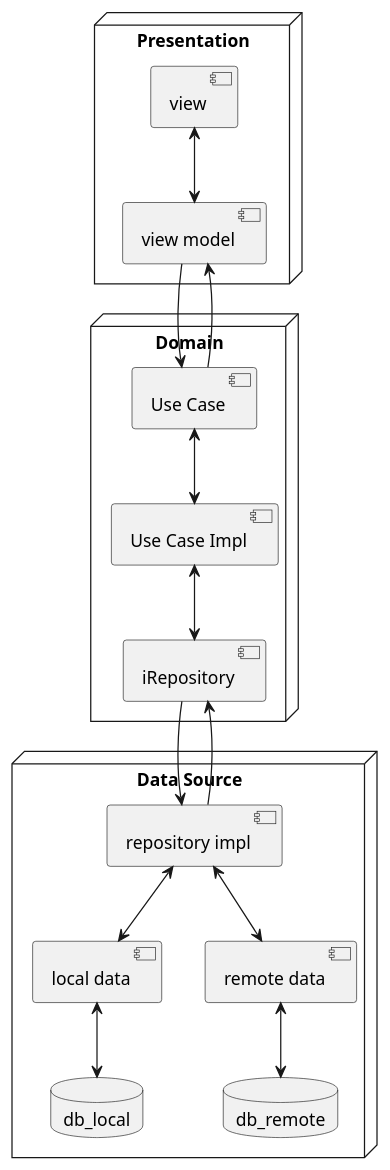
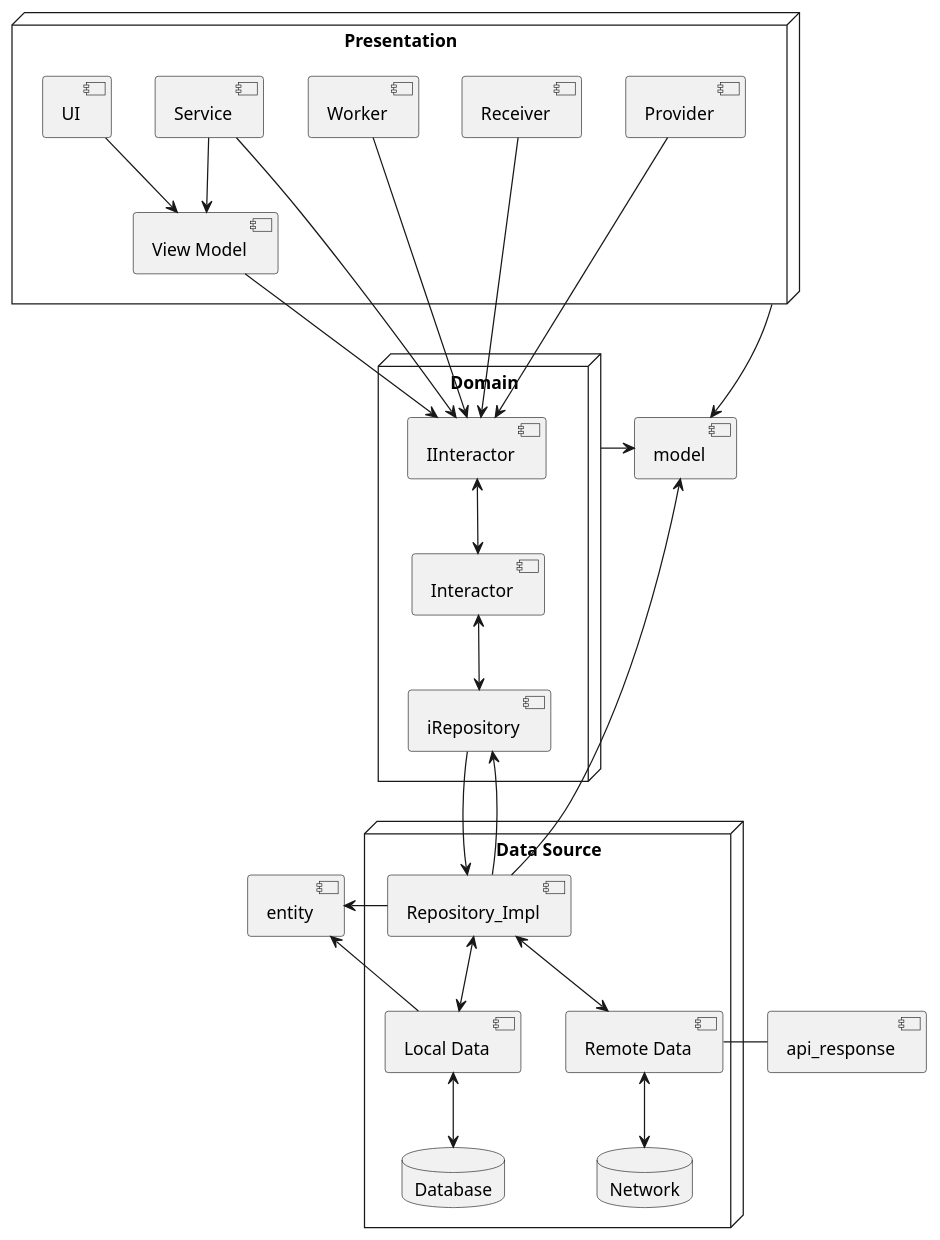
The diagram in system-design.puml (1945max/fake-gps), drawn with PlantUML before and after one commit. The commit also changed 32 other files, not shown here.

```diff
--- a/system-design.puml
+++ b/system-design.puml
@@ -1,40 +1,57 @@
 @startuml
 
-node "Presentation" {
-    component "view model" as view_model
-    component "view" as view
+node "Presentation" as presentation {
+    component "View Model" as ViewModel
+    component "UI" as Activity
+    component "Worker" as Worker
+    component "Receiver" as BroadcastReceiver
+    component "Service" as Service
+    component "Provider" as ContentProvider
 }
-node "Domain" {
-'    component "model" as model
-    component "Use Case" as iUseCase
-    component "Use Case Impl" as interactor
+
+node "Domain" as domain {
+    component "IInteractor" as IInteractor
+    component "Interactor" as Interactor
     component "iRepository" as IRepository
 }
 
 node "Data Source" as data_source {
-    component "repository impl" as repository_impl
-    component "local data" as local_data
-    component "remote data" as remote_data
-    database "db_local" as db_local
-    database "db_remote" as db_remote
+    component "Repository_Impl" as RepositoryImpl
+    component "Local Data" as LocalDataSource
+    component "Remote Data" as RemoteDataSource
+    database "Database" as database
+    database "Network" as network
 }
 
+component "model" as model
+component "entity" as entity
+component "api_response" as api_response
 
 /' Layer Presentation '/
-view_model <-up-> view
-view_model -down-> iUseCase
+Activity -down-> ViewModel
+Service -down-> ViewModel
+Service -down-> IInteractor
+ViewModel -down-> IInteractor
+Worker -down-> IInteractor
+BroadcastReceiver -down-> IInteractor
+ContentProvider -down-> IInteractor
+presentation -down-> model
 
 /' Layer Domain '/
-iUseCase -up-> view_model
-IRepository <-up-> interactor
-interactor <-up-> iUseCase
-IRepository -down-> repository_impl
+IRepository <-up-> Interactor
+Interactor <-up-> IInteractor
+IRepository -down-> RepositoryImpl
+domain -left-> model
 
 /' Layer Data '/
-repository_impl -up-> IRepository
-local_data <-up-> repository_impl
-remote_data <-up-> repository_impl
-db_remote <-up-> remote_data
-db_local <-up-> local_data
+RemoteDataSource -left- api_response
+LocalDataSource -right-> entity
+RepositoryImpl -up-> model
+RepositoryImpl -up-> IRepository
+RepositoryImpl -left-> entity
+LocalDataSource <-up-> RepositoryImpl
+RemoteDataSource <-up-> RepositoryImpl
+network <-up-> RemoteDataSource
+database <-up-> LocalDataSource
 
 @enduml
```
